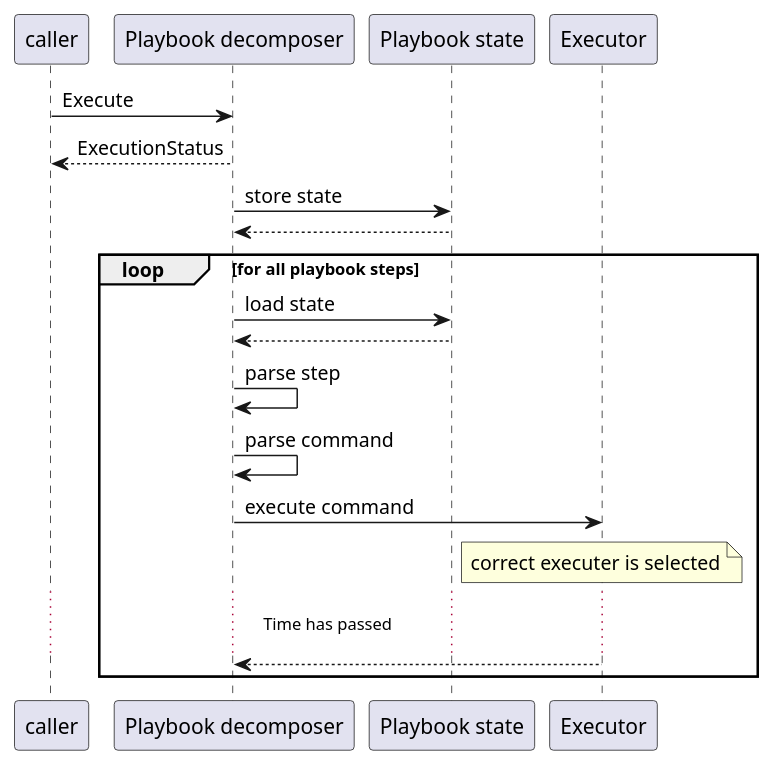
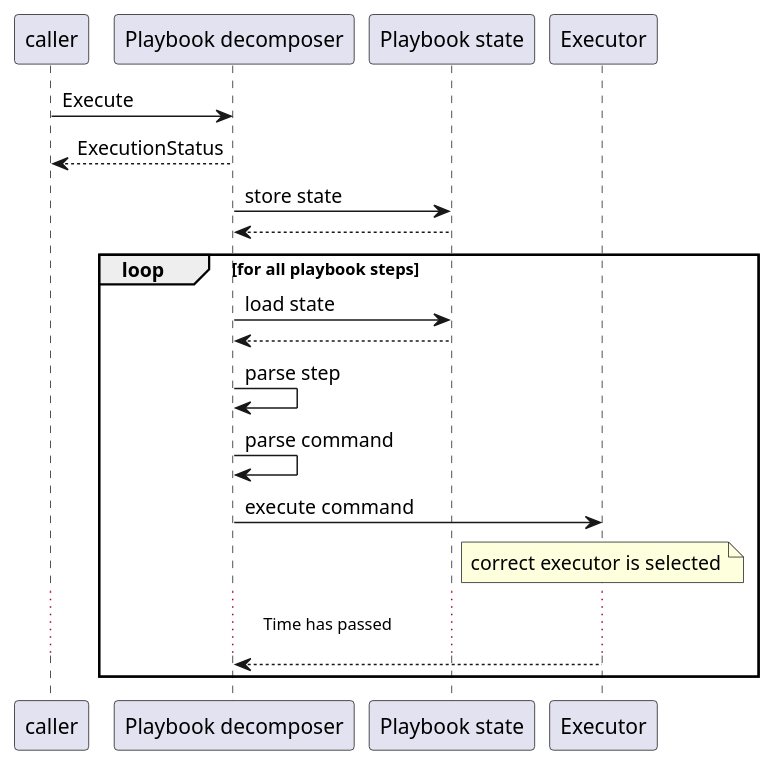
One commit to COSSAS/SOARCA changed the second of 2 diagrams in docs/content/en/docs/core-components/decomposer.md. Above: the diagram before and after it, drawn with PlantUML. The commit also changed 16 other files, not shown here.

Commit message:
SOARCA-179: Fix spelling mistake 'executer' -> 'executor'

````diff
--- a/docs/content/en/docs/core-components/decomposer.md
+++ b/docs/content/en/docs/core-components/decomposer.md
@@ -51,27 +51,27 @@
 ```plantuml
 participant caller 
 participant "Playbook decomposer" as decomposer
 participant "Playbook state" as queue
 participant Executor as exe
 
 
 
 caller -> decomposer: Execute
 caller <-- decomposer: ExecutionStatus
 
 decomposer -> queue: store state
 decomposer <-- queue:
 
 loop for all playbook steps
     decomposer -> queue: load state
     decomposer <-- queue: 
     decomposer -> decomposer: parse step
     decomposer -> decomposer: parse command
    
     decomposer -> exe: execute command
-    note over exe: correct executer is selected
+    note over exe: correct executor is selected
     ... Time has passed ...
     decomposer <-- exe
 end loop
 
 ```
````
